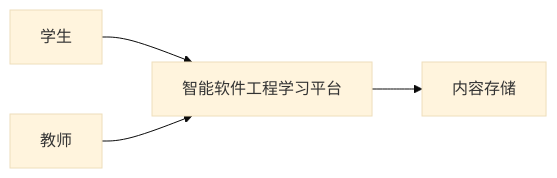
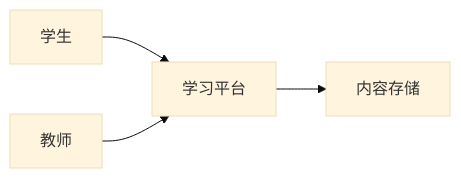
Before and after one commit to g513yb/smart-se-learn: the third of 7 diagrams in .claude/skills/requirements-analysis/references/modeling-guide.md, drawn with Mermaid (base theme). The commit also changed other lines of this file and 39 other files, not shown here.

````diff
--- a/.claude/skills/requirements-analysis/references/modeling-guide.md
+++ b/.claude/skills/requirements-analysis/references/modeling-guide.md
@@ -84,6 +84,6 @@
 ```mermaid
 flowchart LR
-  Student[学生] --> Platform[智能软件工程学习平台]
+  Student[学生] --> Platform[学习平台]
   Teacher[教师] --> Platform
   Platform --> Content[内容存储]
 ```
````
